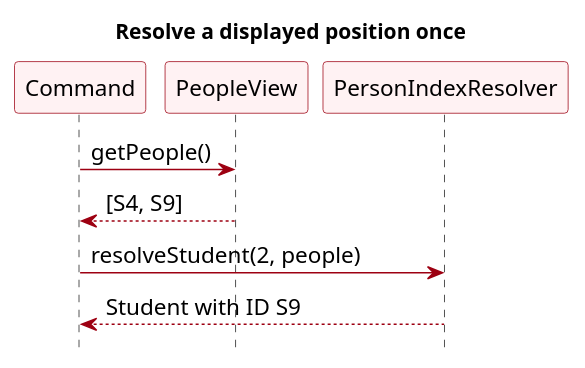
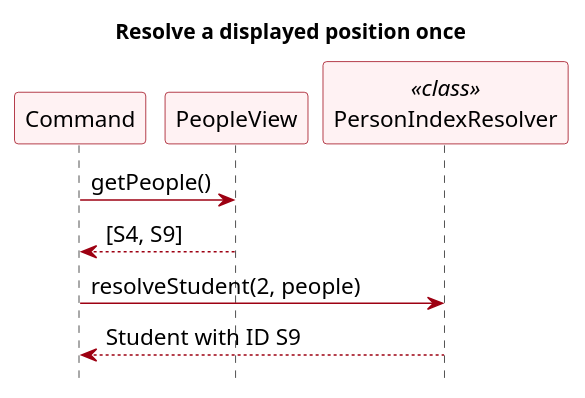
One commit to AY2627S1-CS2103T-F13-3/tp changed the diagram in docs/diagrams/DomainPersonSelection.puml. Above: the diagram before and after it, drawn with PlantUML. The commit also changed 5 other files, not shown here.

Commit message:
Correct UML notation in the domain diagrams

```diff
--- a/docs/diagrams/DomainPersonSelection.puml
+++ b/docs/diagrams/DomainPersonSelection.puml
@@ -1,27 +1,27 @@
 @startuml
 ' Simplified domain draft by Vincent Lin with OpenAI Codex assistance.
 ' Self-contained source; renderer: PlantUML 1.2025.3.
 skinparam defaultFontName Arial
 skinparam defaultFontSize 15
 skinparam shadowing false
 skinparam classAttributeIconSize 0
 skinparam classBackgroundColor #FFF2F3
 skinparam classBorderColor #9D0012
 skinparam classArrowColor #9D0012
 skinparam noteBackgroundColor #FFFBE6
 skinparam noteBorderColor #777777
 skinparam nodesep 35
 skinparam ranksep 40
 
 title Resolve a displayed position once
 skinparam sequenceParticipantBackgroundColor #FFF2F3
 skinparam sequenceParticipantBorderColor #9D0012
 hide footbox
 participant Command
 participant PeopleView as View
-participant PersonIndexResolver as Resolver
+participant PersonIndexResolver as Resolver <<class>>
 Command -> View : getPeople()
 View --> Command : [S4, S9]
 Command -> Resolver : resolveStudent(2, people)
 Resolver --> Command : Student with ID S9
 @enduml
```
